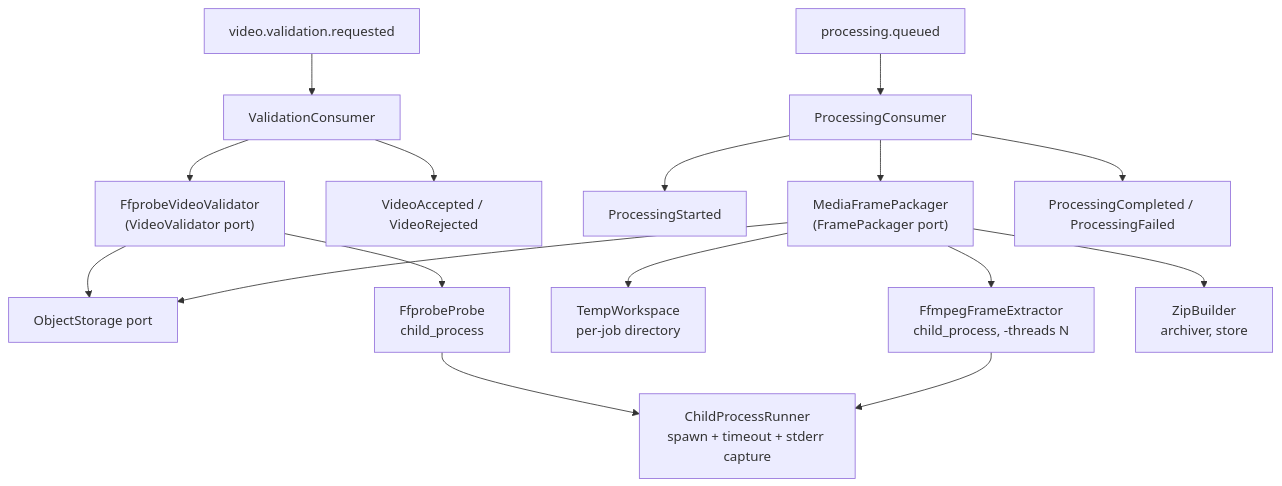
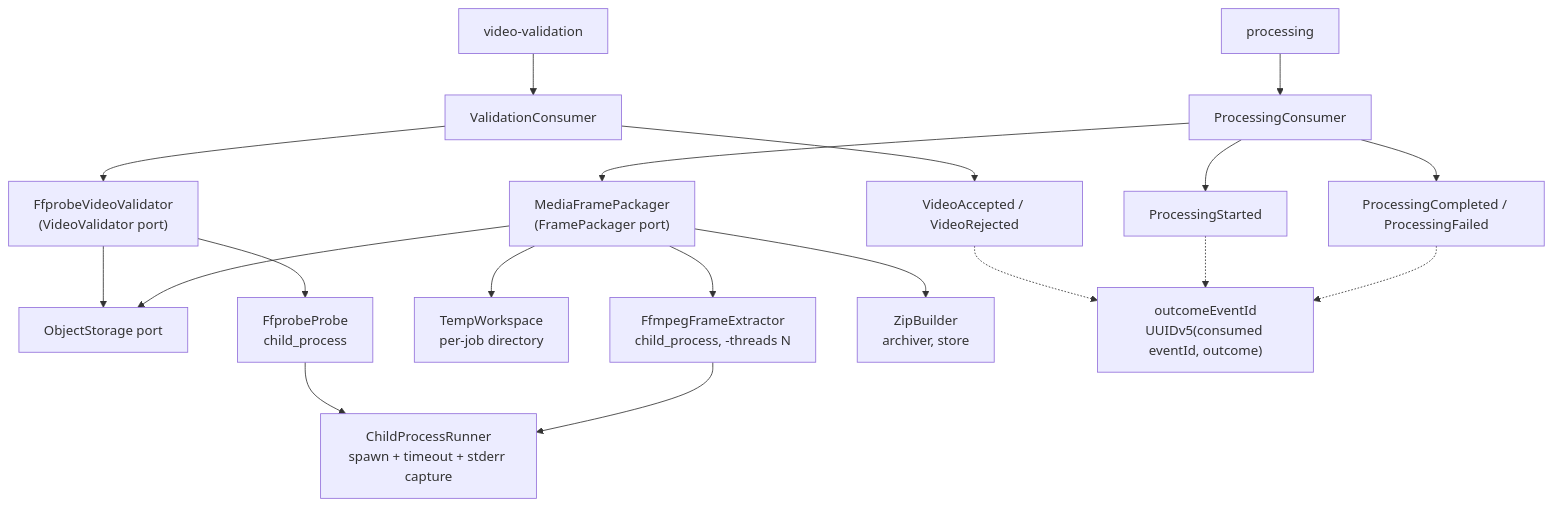
The diagram in .specs/features/real-media-processing/design.md (tech-challenge-workshop/processing-worker), drawn with Mermaid before and after one commit. The commit also changed other lines of this file and 2 other files, not shown here.

First line of the commit message:
docs(specs): revise real-media-processing after the S1-S3 verification

````diff
--- a/.specs/features/real-media-processing/design.md
+++ b/.specs/features/real-media-processing/design.md
@@ -46,20 +46,24 @@
 ```mermaid
 graph TD
-    VQ[video.validation.requested] --> VC[ValidationConsumer]
+    VQ[video-validation] --> VC[ValidationConsumer]
     VC --> VV["FfprobeVideoValidator<br/>(VideoValidator port)"]
     VV --> OS["ObjectStorage port"]
     VV --> FP["FfprobeProbe<br/>child_process"]
     VC --> PUB1[VideoAccepted / VideoRejected]
 
-    PQ[processing.queued] --> PC[ProcessingConsumer]
+    PQ[processing] --> PC[ProcessingConsumer]
     PC --> PUB2[ProcessingStarted]
     PC --> MP["MediaFramePackager<br/>(FramePackager port)"]
     MP --> TW["TempWorkspace<br/>per-job directory"]
     MP --> OS
     MP --> FE["FfmpegFrameExtractor<br/>child_process, -threads N"]
     MP --> ZA["ZipBuilder<br/>archiver, store"]
     PC --> PUB3[ProcessingCompleted / ProcessingFailed]
 
     FP --> CPR["ChildProcessRunner<br/>spawn + timeout + stderr capture"]
     FE --> CPR
+
+    PUB1 -.-> OID["outcomeEventId<br/>UUIDv5(consumed eventId, outcome)"]
+    PUB2 -.-> OID
+    PUB3 -.-> OID
 ```
````
